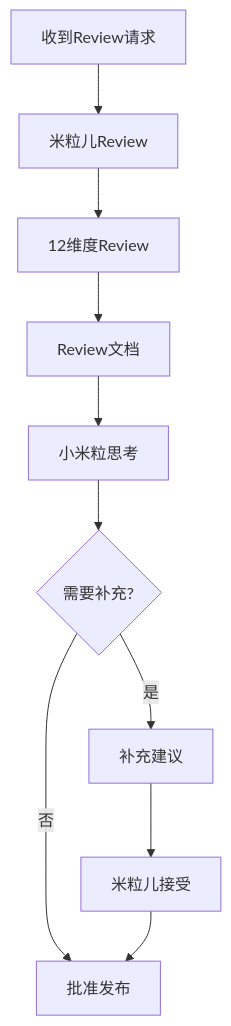
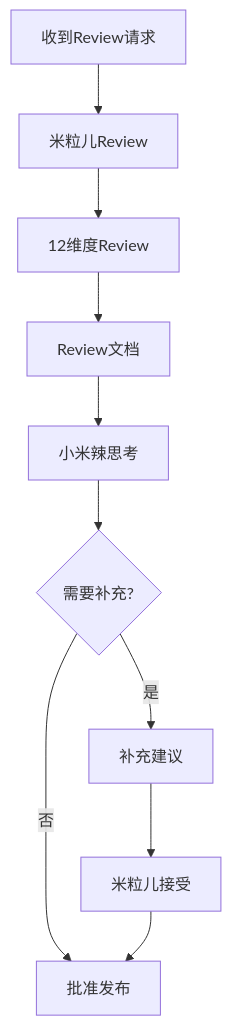
Before and after one commit to zhaog100/openclaw-skills: the fourth of 6 diagrams in docs/DUAL_MILI_SYSTEM_V3_INTEGRATED.md, drawn with Mermaid. The commit also changed other lines of this file and 62 other files, not shown here.

````diff
--- a/docs/DUAL_MILI_SYSTEM_V3_INTEGRATED.md
+++ b/docs/DUAL_MILI_SYSTEM_V3_INTEGRATED.md
@@ -158,12 +158,12 @@
 ```mermaid
 graph TB
     A[收到Review请求] --> B[米粒儿Review]
     B --> C[12维度Review]
     C --> D[Review文档]
-    D --> E[小米粒思考]
+    D --> E[小米辣思考]
     E --> F{需要补充?}
     F -->|是| G[补充建议]
     F -->|否| H[批准发布]
     G --> I[米粒儿接受]
     I --> H
 ```
````
